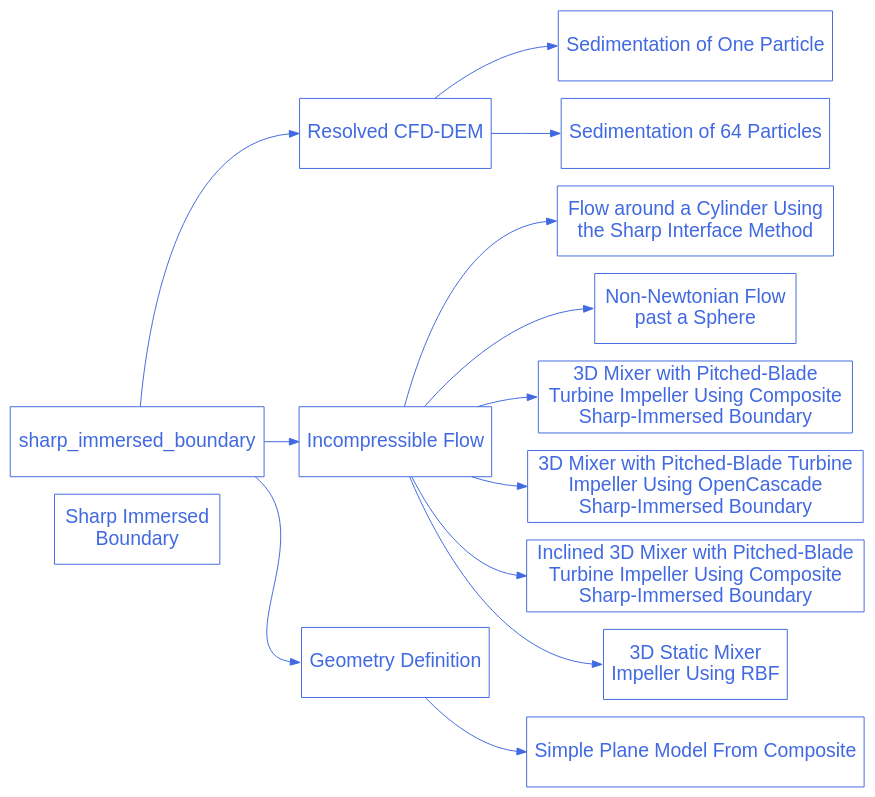
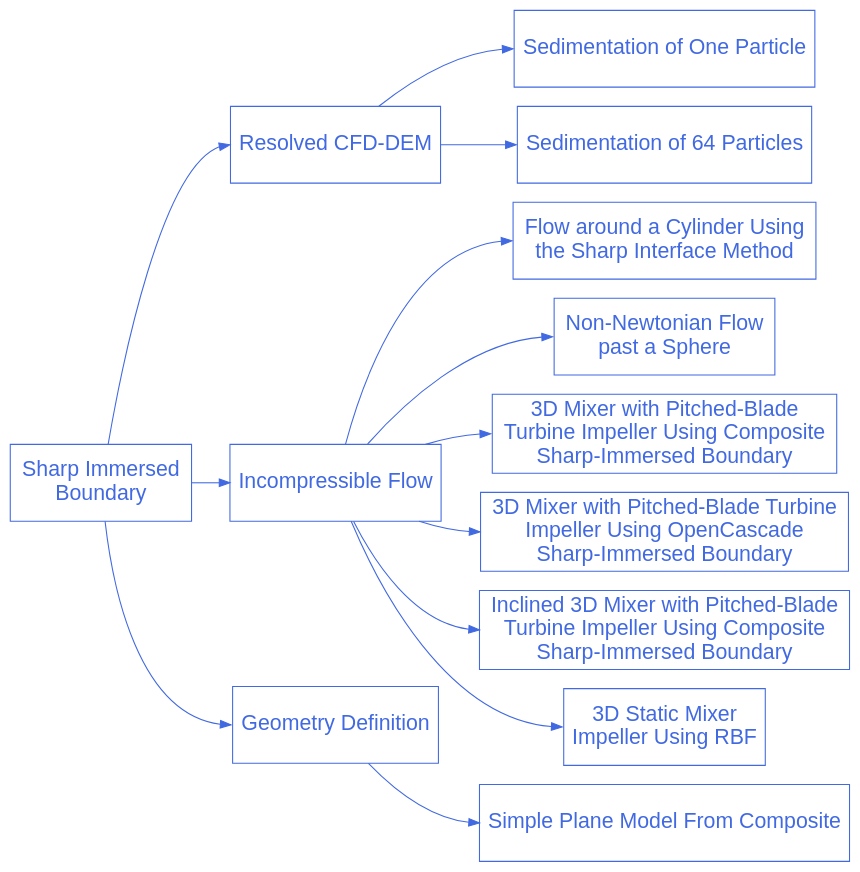
The diagram in doc/source/examples/sharp-immersed-boundary/sharp-immersed-boundary.rst (chaos-polymtl/lethe), drawn with Graphviz before and after one commit. The commit also changed 2 other files, not shown here.

Commit message:
Addressed review comments

```diff
--- a/doc/source/examples/sharp-immersed-boundary/sharp-immersed-boundary.rst
+++ b/doc/source/examples/sharp-immersed-boundary/sharp-immersed-boundary.rst
@@ -14,49 +14,49 @@
 .. graphviz:: 
 
     digraph sharp_diagram {
       graph [bgcolor="transparent", align=true];
       node [fontname=Arial, fontsize=20, shape=box, fontcolor=royalblue, color=royalblue, height=1];
       edge [color=royalblue];
       rankdir="LR";
       size = "9,9";
       
       sharp_immersed_boundary_solver [label="Sharp Immersed \nBoundary", href="https://lethe-cfd.github.io/lethe/documentation/examples/sharp-immersed-boundary/sharp-immersed-boundary.html"];
 
       sharp_1 [label="Resolved CFD-DEM", href="https://lethe-cfd.github.io/lethe/documentation/examples/sharp-immersed-boundary/resolved-cfd-dem.html"];
 
       sharp_1_1 [label="Sedimentation of One Particle", href="https://lethe-cfd.github.io/lethe/documentation/examples/sharp-immersed-boundary/sedimentation-1-particle/sedimentation-1-particle.html"];
 
       sharp_1_2 [label="Sedimentation of 64 Particles", href="https://lethe-cfd.github.io/lethe/documentation/examples/sharp-immersed-boundary/sedimentation-64-particles/sedimentation-64-particles.html"];
 
       sharp_2 [label="Incompressible Flow", href="https://lethe-cfd.github.io/lethe/documentation/examples/sharp-immersed-boundary/incompressible-flow.html"];
 
       sharp_2_1 [label="Flow around a Cylinder Using \nthe Sharp Interface Method", href="https://lethe-cfd.github.io/lethe/documentation/examples/sharp-immersed-boundary/cylinder-with-sharp-interface/cylinder-with-sharp-interface.html", tooltip="Flow around a cylinder using the sharp interface method"];
 
       sharp_2_2 [label="Non-Newtonian Flow \npast a Sphere", href="https://lethe-cfd.github.io/lethe/documentation/examples/sharp-immersed-boundary/sphere-carreau-with-sharp-interface/sphere-carreau-with-sharp-interface.html", tooltip="Non-Newtonian flow past a sphere"];
 
       sharp_2_3 [label="3D Mixer with Pitched-Blade \nTurbine Impeller Using Composite \nSharp-Immersed Boundary", href="https://lethe-cfd.github.io/lethe/documentation/examples/sharp-immersed-boundary/3d-composite-mixer-with-pbt-impeller/3d-composite-mixer-with-pbt-impeller.html", tooltip="3D Mixer with pitched-blade turbine impeller using Composite Sharp-immersed boundary"];
 
       sharp_2_4 [label="3D Mixer with Pitched-Blade Turbine \nImpeller Using OpenCascade \nSharp-Immersed Boundary", href="https://lethe-cfd.github.io/lethe/documentation/examples/sharp-immersed-boundary/3d-opencascade-mixer-with-pbt-impeller/3d-opencascade-mixer-with-pbt-impeller.html", tooltip="3D Mixer with pitched-blade turbine impeller using OpenCascade Sharp-immersed boundary"];
 
       sharp_2_5 [label="Inclined 3D Mixer with Pitched-Blade \nTurbine Impeller Using Composite \nSharp-Immersed Boundary", href="https://lethe-cfd.github.io/lethe/documentation/examples/sharp-immersed-boundary/inclined-3d-composite-mixer-with-pbt-impeller/inclined-3d-composite-mixer-with-pbt-impeller.html", tooltip="Inclined 3D mixer with pitched-blade turbine impeller using composite sharp-immersed boundary"];
       
       sharp_2_6 [label="3D Static Mixer \nImpeller Using RBF", href="https://lethe-cfd.github.io/lethe/documentation/examples/sharp-immersed-boundary/3d-rbf-static-mixer/3d-rbf-static-mixer.html", tooltip="3D Static Mixer \nImpeller Using RBF Sharp-immersed boundary"];
 
       sharp_3 [label="Geometry Definition", href="https://lethe-cfd.github.io/lethe/documentation/examples/sharp-immersed-boundary/geometry-definition.html"];
 
       sharp_3_1 [label="Simple Plane Model From Composite", href="https://lethe-cfd.github.io/lethe/documentation/examples/sharp-immersed-boundary/sharp-immersed-boundary/simple-plane-model-from-composite.html", tooltip="Simple Plane Model From Composite"];
 
-      sharp_immersed_boundary -> sharp_1:w;
-      sharp_immersed_boundary -> sharp_2:w;
-      sharp_immersed_boundary -> sharp_3:w;
+      sharp_immersed_boundary_solver -> sharp_1:w;
+      sharp_immersed_boundary_solver -> sharp_2:w;
+      sharp_immersed_boundary_solver -> sharp_3:w;
 
       sharp_1 -> sharp_1_1:w;
       sharp_1 -> sharp_1_2:w;
       sharp_2 -> sharp_2_1:w;
       sharp_2 -> sharp_2_2:w;
       sharp_2 -> sharp_2_3:w;
       sharp_2 -> sharp_2_4:w;
       sharp_2 -> sharp_2_5:w;
       sharp_2 -> sharp_2_6:w;
       sharp_3 -> sharp_3_1:w;
     }
```
